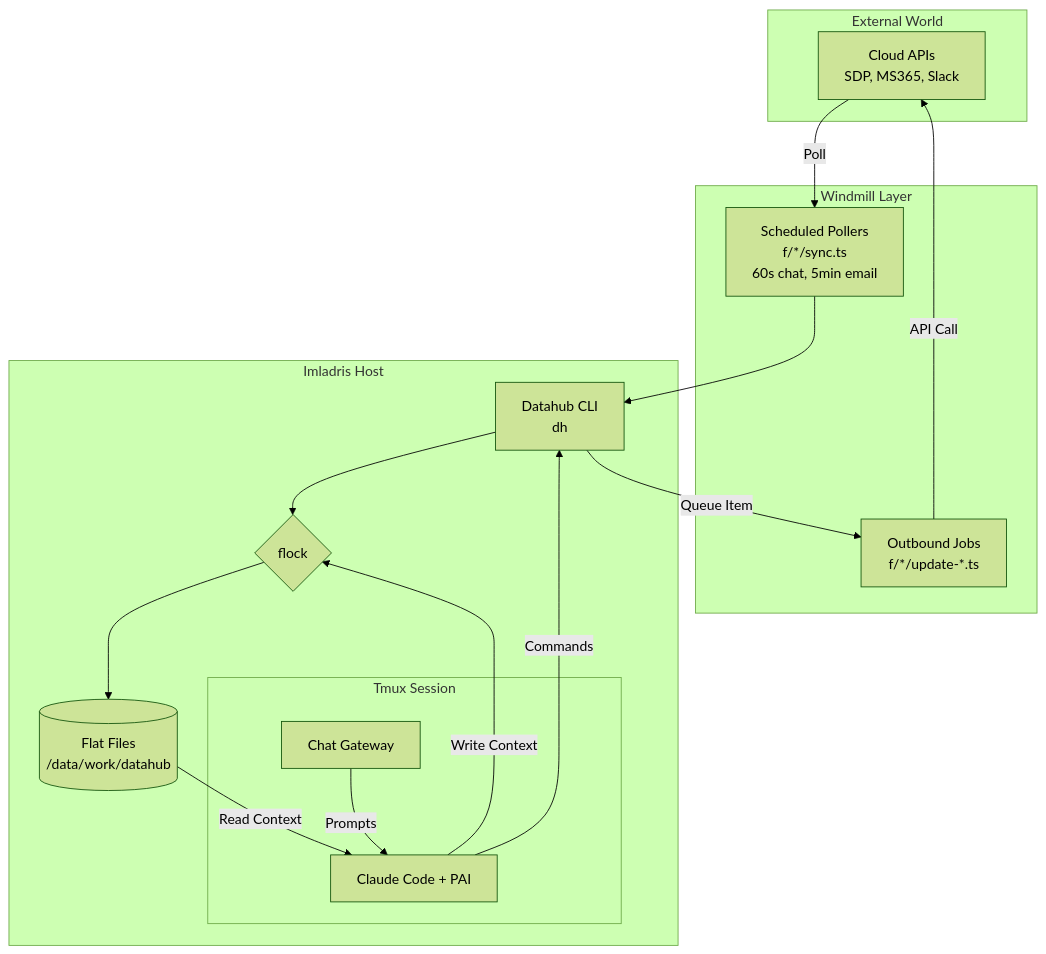
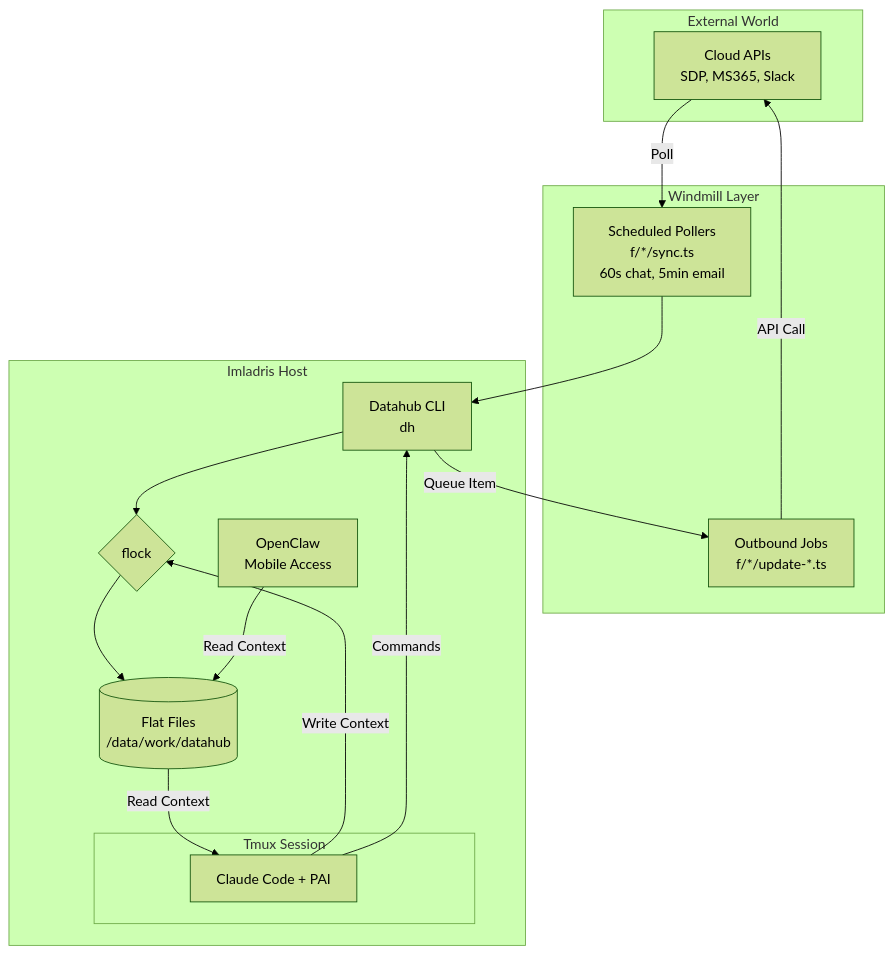
Before and after one commit to sethdf/imladris: the diagram in docs/design/SPEC.md, drawn with Mermaid (forest theme). The commit also changed other lines of this file and 1 other file, not shown here.

First line of the commit message:
Replace Chat Gateway with OpenClaw for mobile access

````diff
--- a/docs/design/SPEC.md
+++ b/docs/design/SPEC.md
@@ -274,38 +274,38 @@
 ```mermaid
 graph TD
     subgraph External [External World]
         API[Cloud APIs<br/>SDP, MS365, Slack]
     end
 
     subgraph Gateway [Windmill Layer]
         Pollers[Scheduled Pollers<br/>f/*/sync.ts<br/>60s chat, 5min email]
         Out_Job[Outbound Jobs<br/>f/*/update-*.ts]
     end
 
     subgraph Host [Imladris Host]
         DH[Datahub CLI<br/>dh]
         Files[(Flat Files<br/>/data/work/datahub)]
         Lock{flock}
 
         subgraph Workspace [Tmux Session]
             Claude[Claude Code + PAI]
-            ChatGW[Chat Gateway]
         end
+        OpenClaw[OpenClaw<br/>Mobile Access]
     end
 
     %% Inbound Flow (polling only)
     API -->|Poll| Pollers
     Pollers --> DH
     DH --> Lock
     Lock --> Files
 
     %% Interaction Flow
     Files -->|Read Context| Claude
     Claude -->|Write Context| Lock
     Claude -->|Commands| DH
-    ChatGW -->|Prompts| Claude
+    OpenClaw -->|Read Context| Files
 
     %% Outbound Flow
     DH -->|Queue Item| Out_Job
     Out_Job -->|API Call| API
 ```
````
